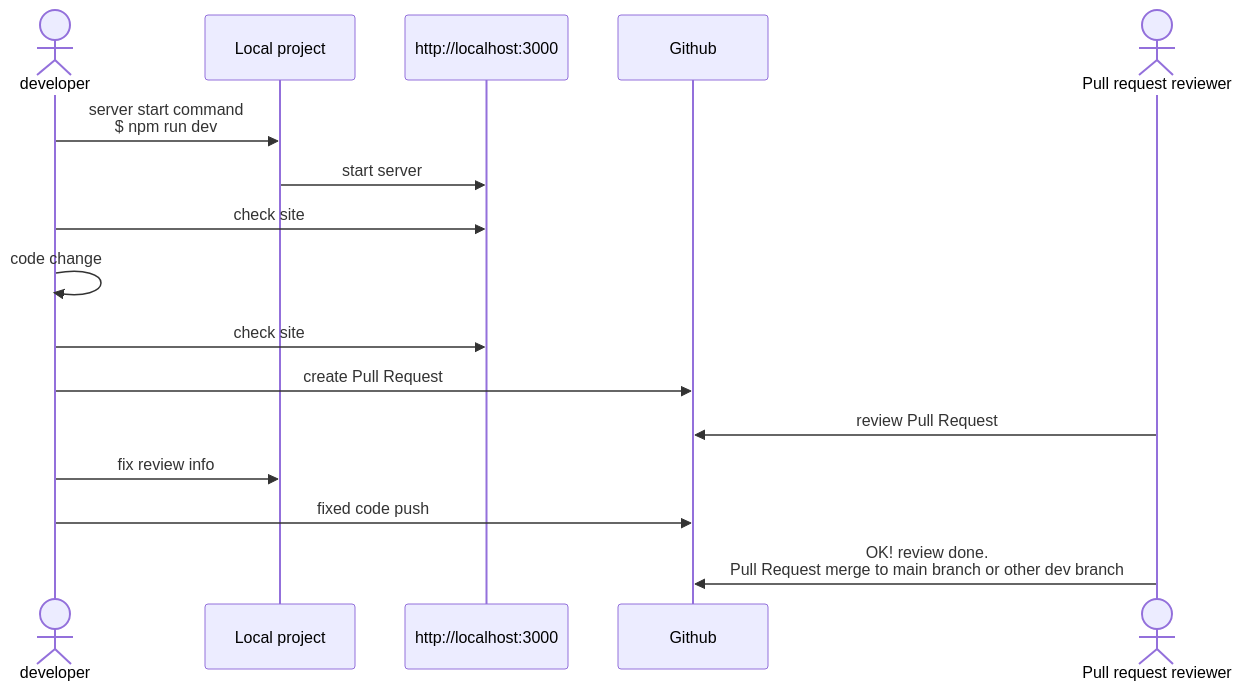
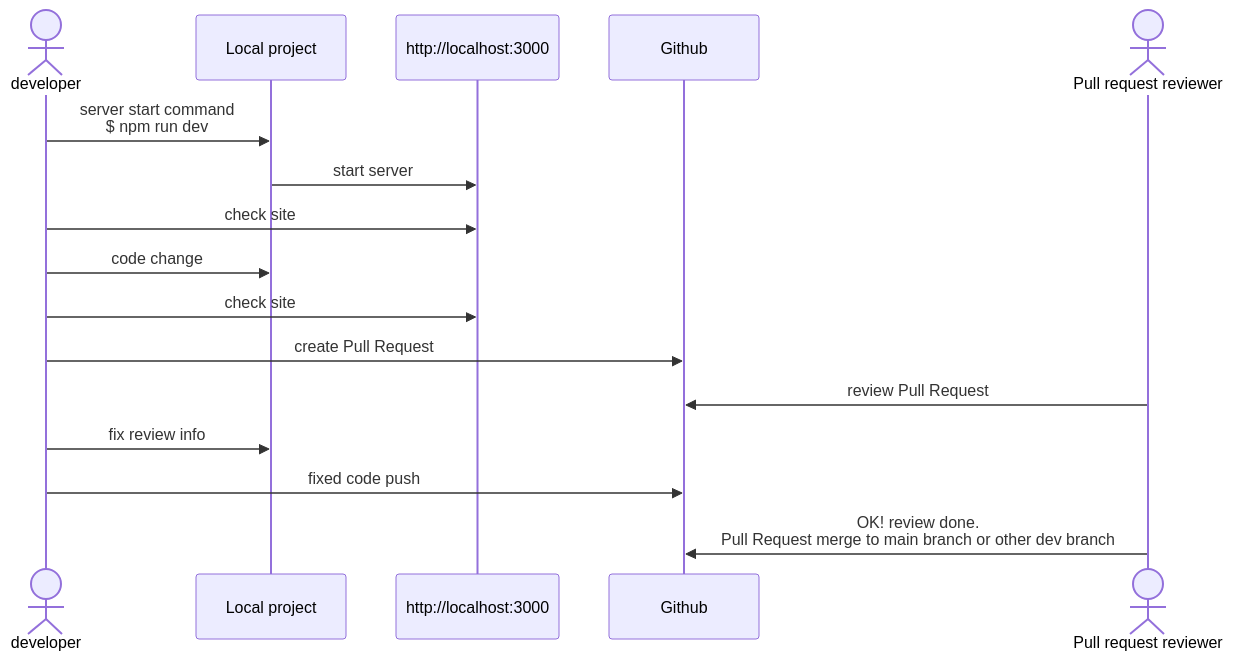
Before and after one commit to biki-cloud/ems-t3-stack: the third of 3 diagrams in README.md, drawn with Mermaid.

````diff
--- a/README.md
+++ b/README.md
@@ -124,19 +124,19 @@
 ```mermaid
 sequenceDiagram
     actor developer as developer
     participant localProject as Local project
     participant localHost as http://localhost:3000
     participant Github as Github
     actor reviewer as Pull request reviewer
 
     developer->>localProject: server start command<br>$ npm run dev
     localProject->>localHost: start server
     developer->>localHost: check site
-    developer->>developer: code change
+    developer->>localProject: code change
     developer->>localHost: check site
     developer->>Github: create Pull Request
     reviewer->>Github: review Pull Request
     developer->>localProject: fix review info
     developer->>Github: fixed code push
     reviewer->>Github: OK! review done. <br>Pull Request merge to main branch or other dev branch
 ```
````
